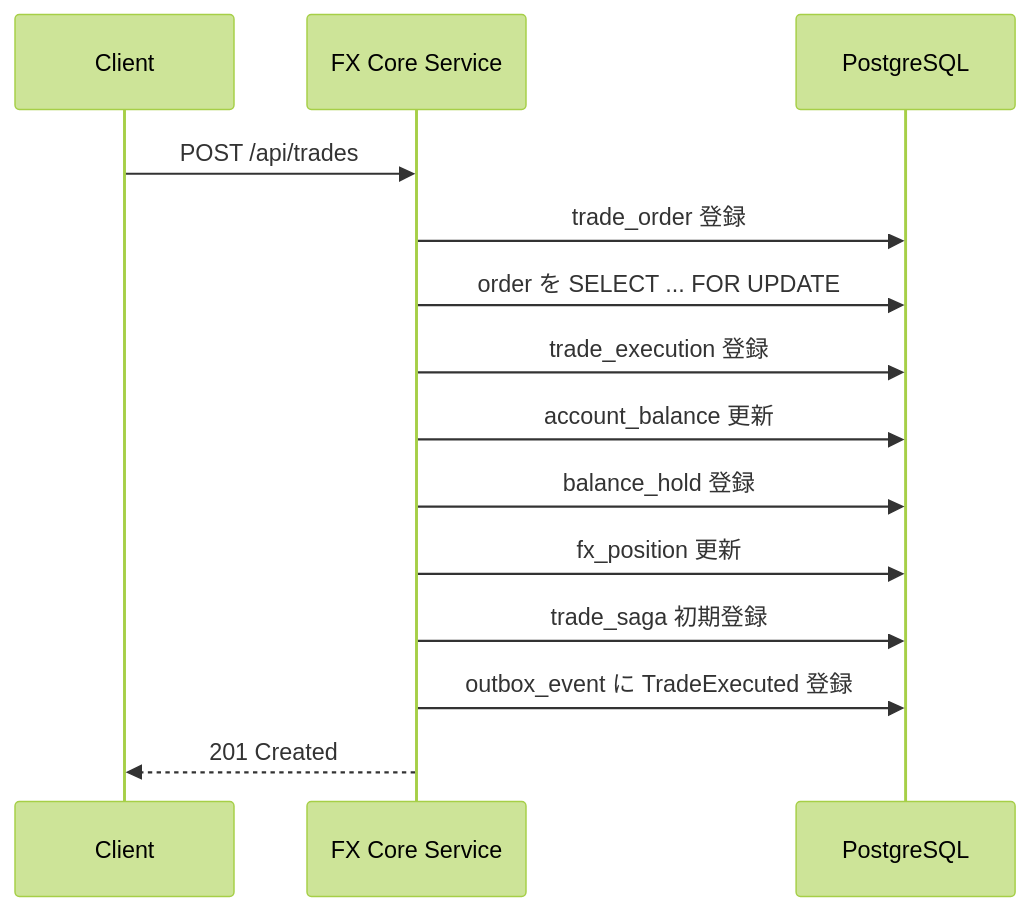
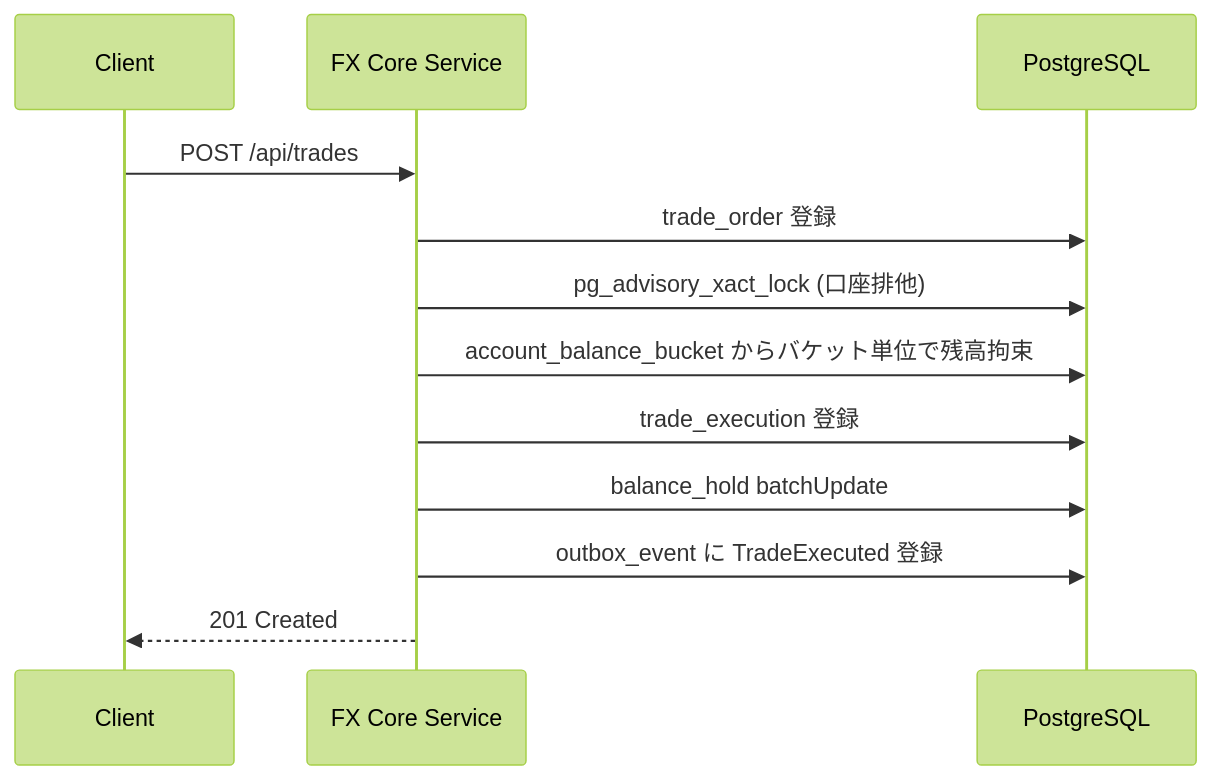
The second of 11 diagrams in design/implementation-guide.md (keijijin/fx-trading-sample), drawn with Mermaid (forest theme) before and after one commit. The commit also changed other lines of this file and 4 other files, not shown here.

````diff
--- a/design/implementation-guide.md
+++ b/design/implementation-guide.md
@@ -81,17 +81,15 @@
 ```mermaid
 sequenceDiagram
     participant Client
     participant Core as FX Core Service
     participant DB as PostgreSQL
 
     Client->>Core: POST /api/trades
     Core->>DB: trade_order 登録
-    Core->>DB: order を SELECT ... FOR UPDATE
+    Core->>DB: pg_advisory_xact_lock (口座排他)
+    Core->>DB: account_balance_bucket からバケット単位で残高拘束
     Core->>DB: trade_execution 登録
-    Core->>DB: account_balance 更新
-    Core->>DB: balance_hold 登録
-    Core->>DB: fx_position 更新
-    Core->>DB: trade_saga 初期登録
+    Core->>DB: balance_hold batchUpdate
     Core->>DB: outbox_event に TradeExecuted 登録
     Core-->>Client: 201 Created
 ```
````
